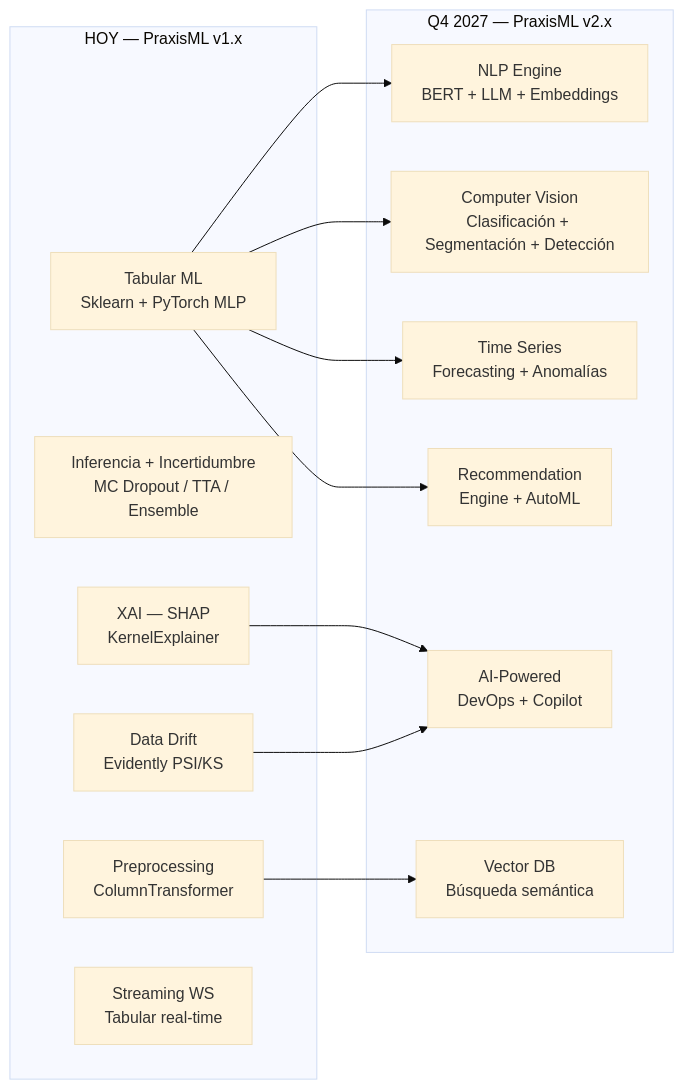
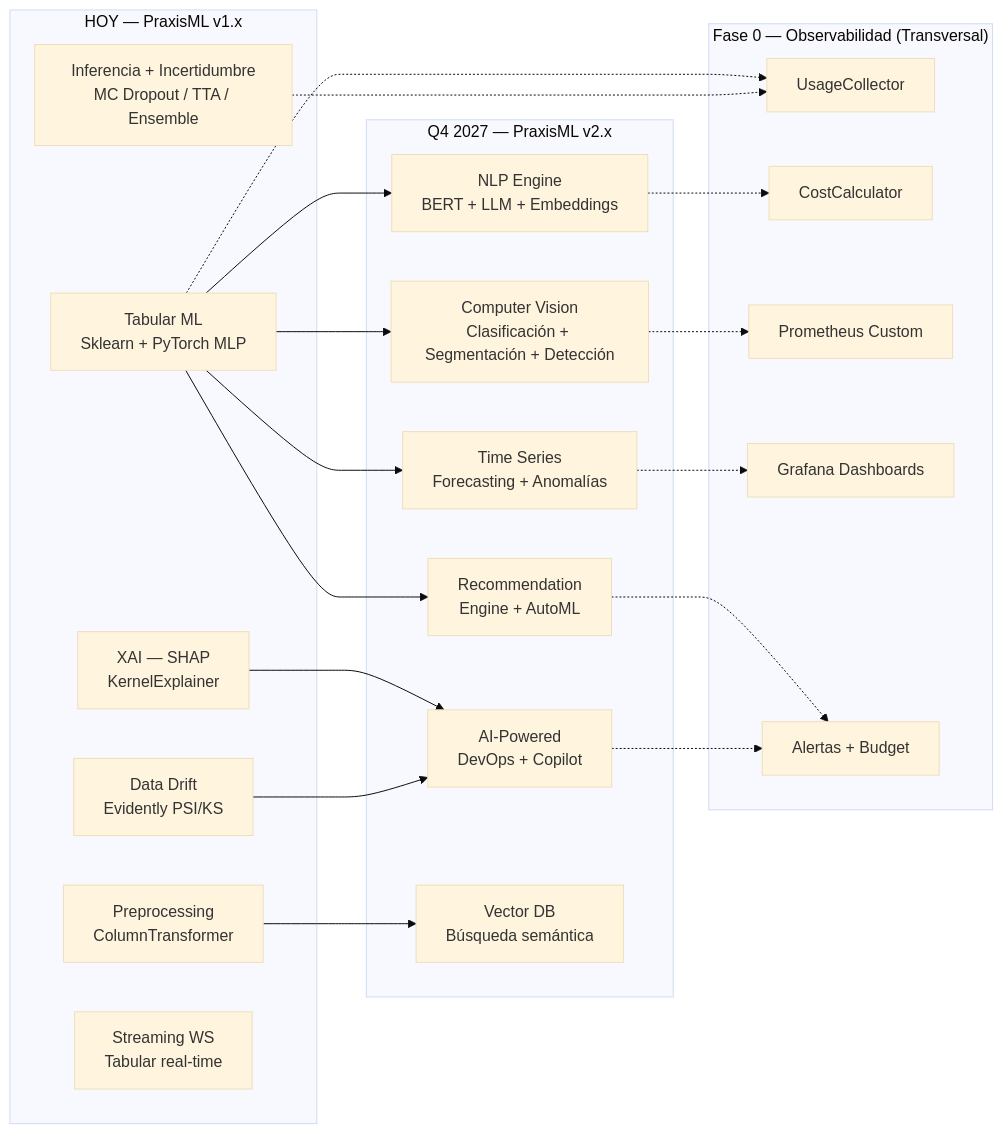
The first of 3 diagrams in roadmap.md (Fyrthuz/PraxisML), drawn with Mermaid (base theme) before and after one commit. The commit also changed other lines of this file and 42 other files, not shown here.

Commit message:
Roadmap actualiza y refactoring

````diff
--- a/roadmap.md
+++ b/roadmap.md
@@ -13,26 +15,41 @@
 ```mermaid
 graph LR
     subgraph "HOY — PraxisML v1.x"
         A[Tabular ML<br/>Sklearn + PyTorch MLP]
         B[Inferencia + Incertidumbre<br/>MC Dropout / TTA / Ensemble]
         C[XAI — SHAP<br/>KernelExplainer]
         D[Data Drift<br/>Evidently PSI/KS]
         E[Preprocessing<br/>ColumnTransformer]
         F[Streaming WS<br/>Tabular real-time]
+    end
+    subgraph "Fase 0 — Observabilidad (Transversal)"
+        O0[UsageCollector]
+        O1[CostCalculator]
+        O2[Prometheus Custom]
+        O3[Grafana Dashboards]
+        O4[Alertas + Budget]
     end
     subgraph "Q4 2027 — PraxisML v2.x"
         G[NLP Engine<br/>BERT + LLM + Embeddings]
         H[Computer Vision<br/>Clasificación + Segmentación + Detección]
         I[Time Series<br/>Forecasting + Anomalías]
         J[Recommendation<br/>Engine + AutoML]
         K[AI-Powered<br/>DevOps + Copilot]
         L[Vector DB<br/>Búsqueda semántica]
     end
     A --> G
     A --> H
     A --> I
     A --> J
     C --> K
     D --> K
     E --> L
+
+    A -.-> O0
+    B -.-> O0
+    G -.-> O1
+    H -.-> O2
+    I -.-> O3
+    J -.-> O4
+    K -.-> O4
 ```
````
